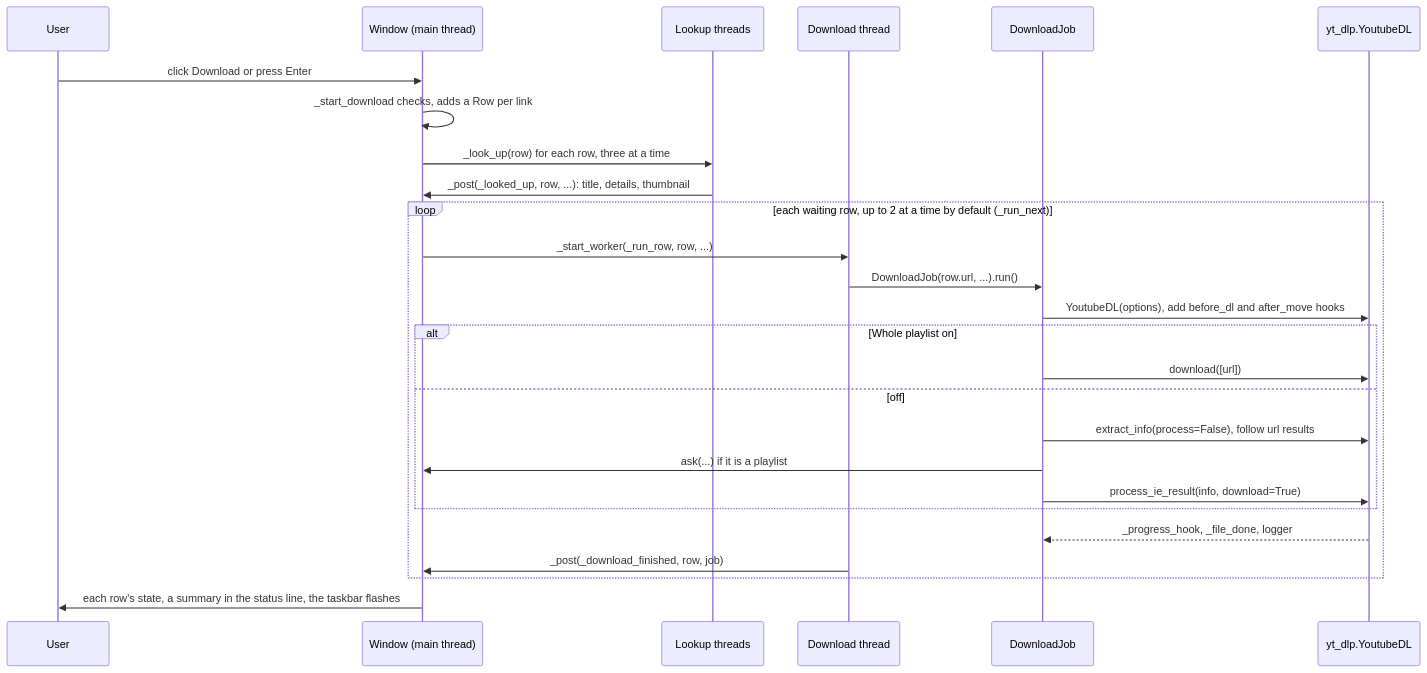
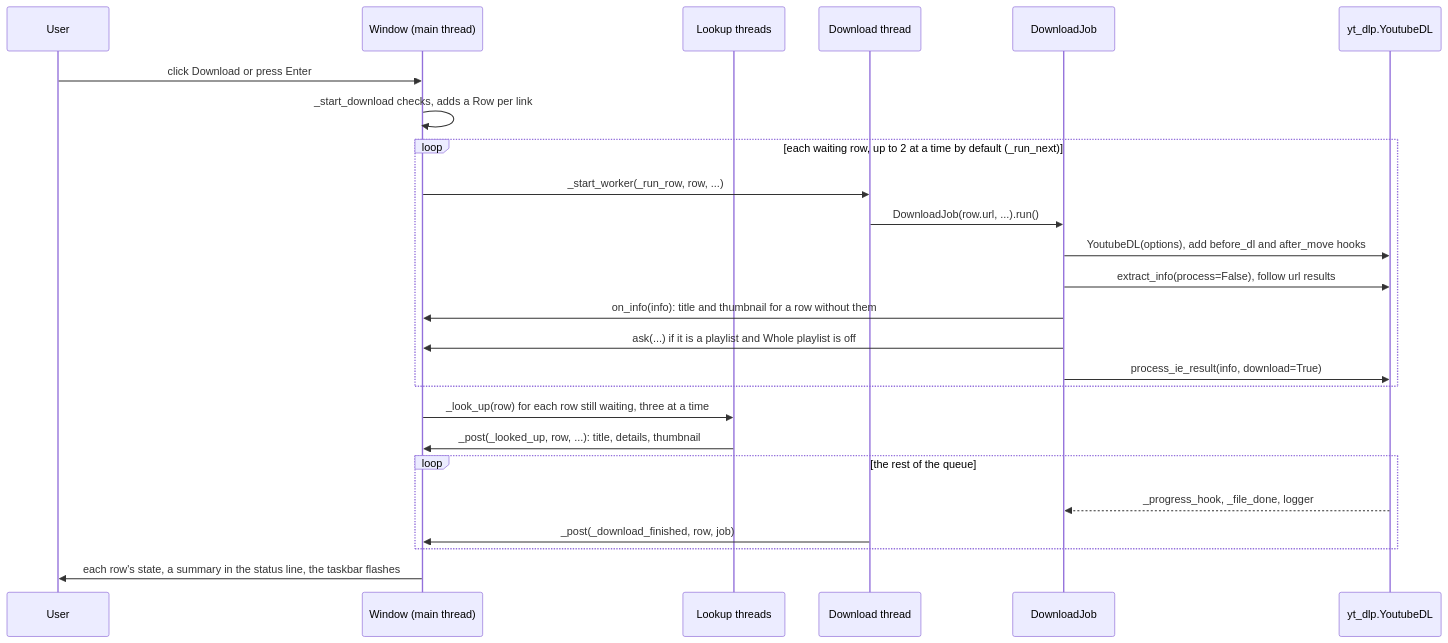
One commit to lifeupnorth/YouTubeDownloader changed the first of 2 diagrams in docs/wiki/04-download-pipeline.md. Above: the diagram before and after it, drawn with Mermaid. The commit also changed other lines of this file and 8 other files, not shown here.

First line of the commit message:
Ask YouTube once per link, free a waiting job's slot, save new .part files

````diff
--- a/docs/wiki/04-download-pipeline.md
+++ b/docs/wiki/04-download-pipeline.md
@@ -15,28 +15,27 @@
 ```mermaid
 sequenceDiagram
     participant U as User
     participant M as Window (main thread)
     participant L as Lookup threads
     participant D as Download thread
     participant J as DownloadJob
     participant Y as yt_dlp.YoutubeDL
     U->>M: click Download or press Enter
     M->>M: _start_download checks, adds a Row per link
-    M->>L: _look_up(row) for each row, three at a time
-    L->>M: _post(_looked_up, row, ...): title, details, thumbnail
     loop each waiting row, up to 2 at a time by default (_run_next)
         M->>D: _start_worker(_run_row, row, ...)
         D->>J: DownloadJob(row.url, ...).run()
         J->>Y: YoutubeDL(options), add before_dl and after_move hooks
-        alt Whole playlist on
-            J->>Y: download([url])
-        else off
-            J->>Y: extract_info(process=False), follow url results
-            J->>M: ask(...) if it is a playlist
-            J->>Y: process_ie_result(info, download=True)
-        end
+        J->>Y: extract_info(process=False), follow url results
+        J->>M: on_info(info): title and thumbnail for a row without them
+        J->>M: ask(...) if it is a playlist and Whole playlist is off
+        J->>Y: process_ie_result(info, download=True)
+    end
+    M->>L: _look_up(row) for each row still waiting, three at a time
+    L->>M: _post(_looked_up, row, ...): title, details, thumbnail
+    loop the rest of the queue
         Y-->>J: _progress_hook, _file_done, logger
         D->>M: _post(_download_finished, row, job)
     end
     M->>U: each row's state, a summary in the status line, the taskbar flashes
 ```
````
